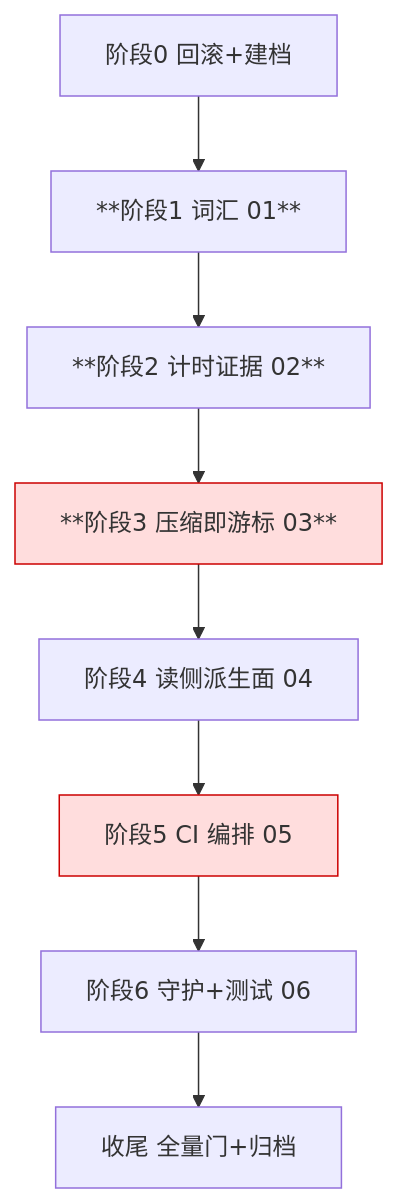
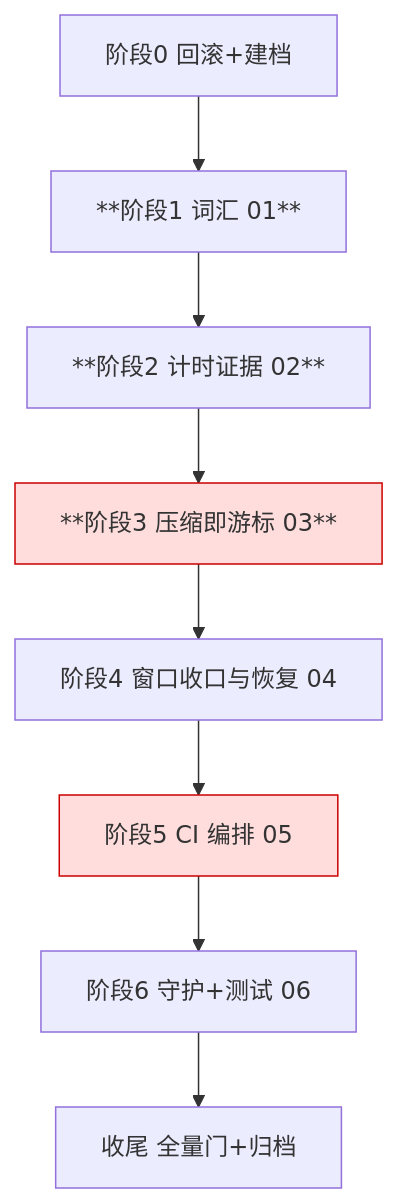
One commit to SpellingDragon/tagent changed the diagram in openspec/changes/restart-recovery-optimization/tasks.md. Above: the diagram before and after it, drawn with Mermaid. The commit also changed other lines of this file and 10 other files, not shown here.

````diff
--- a/openspec/changes/restart-recovery-optimization/tasks.md
+++ b/openspec/changes/restart-recovery-optimization/tasks.md
@@ -7,12 +7,12 @@
 ```mermaid
 graph TD
   W0[阶段0 回滚+建档] --> W1[**阶段1 词汇 01**]
   W1 --> W2[**阶段2 计时证据 02**]
   W2 --> W3[**阶段3 压缩即游标 03**]
-  W3 --> W4[阶段4 读侧派生面 04]
+  W3 --> W4[阶段4 窗口收口与恢复 04]
   W4 --> W5[阶段5 CI 编排 05]
   W5 --> W6[阶段6 守护+测试 06]
   W6 --> W7[收尾 全量门+归档]
   style W3 fill:#fdd,stroke:#c00
   style W5 fill:#fdd,stroke:#c00
 ```
````
